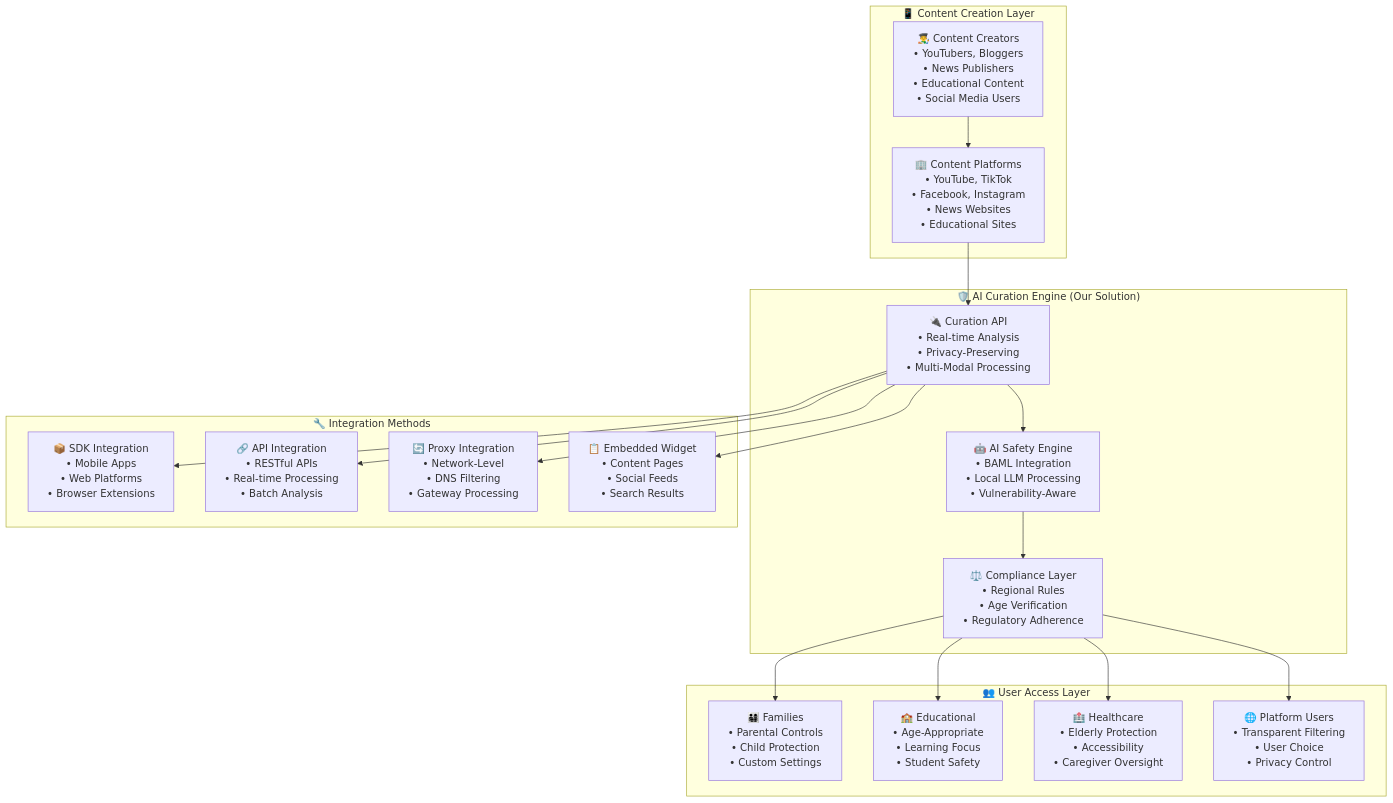
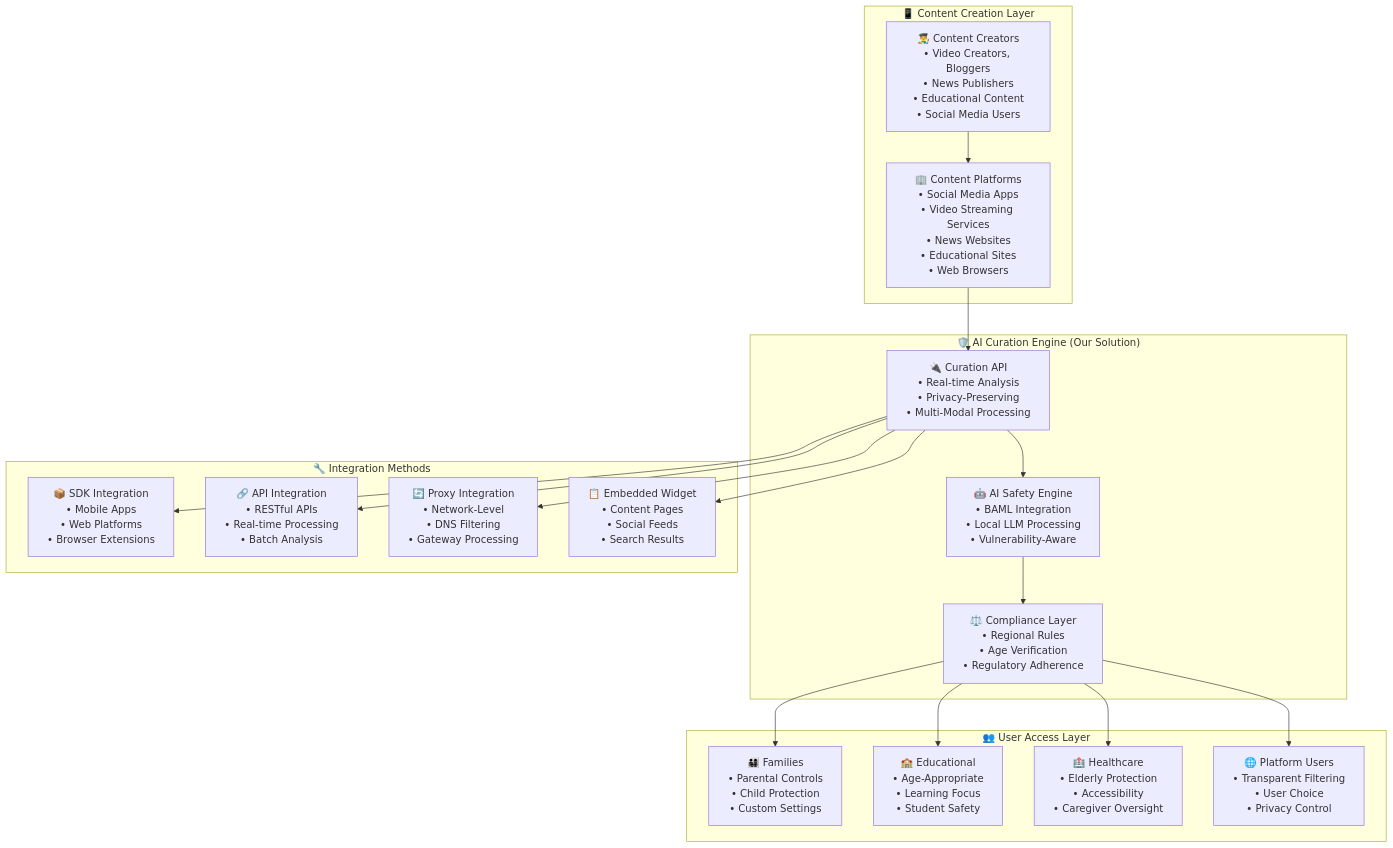
Before and after one commit to gitmujoshi/ai-curation-engine-cursor-generated: the second of 5 diagrams in docs/presentations/AI_SAFETY_VULNERABLE_POPULATIONS_PRESENTATION.md, drawn with Mermaid. The commit also changed other lines of this file and 9 other files, not shown here.

First line of the commit message:
Fix documentation: Update YouTube references and BAML definition

````diff
--- a/docs/presentations/AI_SAFETY_VULNERABLE_POPULATIONS_PRESENTATION.md
+++ b/docs/presentations/AI_SAFETY_VULNERABLE_POPULATIONS_PRESENTATION.md
@@ -376,42 +376,42 @@
 ```mermaid
 graph TB
     subgraph "📱 Content Creation Layer"
-        CREATORS[👨‍🎨 Content Creators<br/>• YouTubers, Bloggers<br/>• News Publishers<br/>• Educational Content<br/>• Social Media Users]
-        PLATFORMS[🏢 Content Platforms<br/>• YouTube, TikTok<br/>• Facebook, Instagram<br/>• News Websites<br/>• Educational Sites]
+        CREATORS[👨‍🎨 Content Creators<br/>• Video Creators, Bloggers<br/>• News Publishers<br/>• Educational Content<br/>• Social Media Users]
+        PLATFORMS[🏢 Content Platforms<br/>• Social Media Apps<br/>• Video Streaming Services<br/>• News Websites<br/>• Educational Sites<br/>• Web Browsers]
     end
     
     subgraph "🛡️ AI Curation Engine (Our Solution)"
         API[🔌 Curation API<br/>• Real-time Analysis<br/>• Privacy-Preserving<br/>• Multi-Modal Processing]
         AI[🤖 AI Safety Engine<br/>• BAML Integration<br/>• Local LLM Processing<br/>• Vulnerability-Aware]
         COMPLIANCE[⚖️ Compliance Layer<br/>• Regional Rules<br/>• Age Verification<br/>• Regulatory Adherence]
     end
     
     subgraph "👥 User Access Layer"
         FAMILIES[👨‍👩‍👧‍👦 Families<br/>• Parental Controls<br/>• Child Protection<br/>• Custom Settings]
         EDU[🏫 Educational<br/>• Age-Appropriate<br/>• Learning Focus<br/>• Student Safety]
         HEALTH[🏥 Healthcare<br/>• Elderly Protection<br/>• Accessibility<br/>• Caregiver Oversight]
         PLATFORM_USERS[🌐 Platform Users<br/>• Transparent Filtering<br/>• User Choice<br/>• Privacy Control]
     end
     
     subgraph "🔧 Integration Methods"
         SDK[📦 SDK Integration<br/>• Mobile Apps<br/>• Web Platforms<br/>• Browser Extensions]
         API_INT[🔗 API Integration<br/>• RESTful APIs<br/>• Real-time Processing<br/>• Batch Analysis]
         PROXY[🔄 Proxy Integration<br/>• Network-Level<br/>• DNS Filtering<br/>• Gateway Processing]
         EMBED[📋 Embedded Widget<br/>• Content Pages<br/>• Social Feeds<br/>• Search Results]
     end
     
     CREATORS --> PLATFORMS
     PLATFORMS --> API
     API --> AI
     AI --> COMPLIANCE
     
     COMPLIANCE --> FAMILIES
     COMPLIANCE --> EDU
     COMPLIANCE --> HEALTH
     COMPLIANCE --> PLATFORM_USERS
     
     API --> SDK
     API --> API_INT
     API --> PROXY
     API --> EMBED
 ```
````
